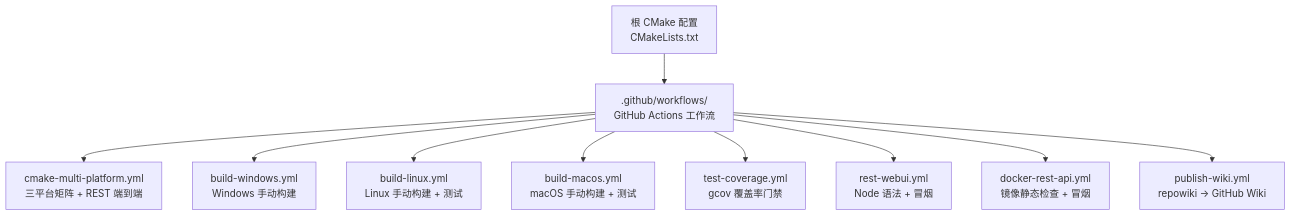
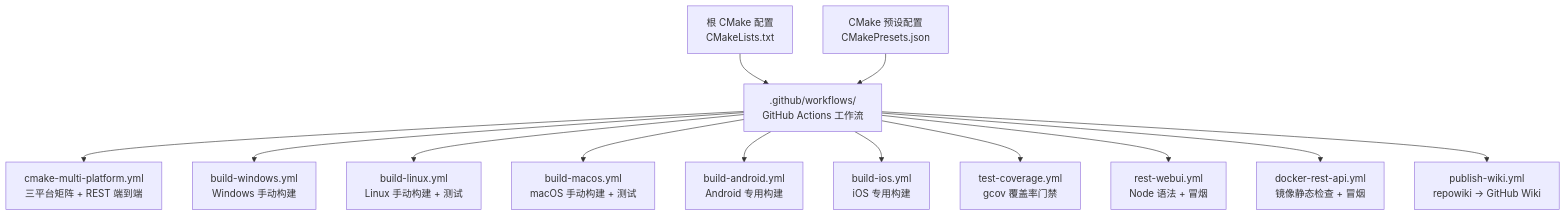
The first of 12 diagrams in .qoder/repowiki/zh/content/开发测试与贡献/CI_CD流水线增强.md (hsmbanlance/HsBaSlicer), drawn with Mermaid before and after one commit. The commit also changed other lines of this file and 66 other files, not shown here.

````diff
--- a/.qoder/repowiki/zh/content/开发测试与贡献/CI_CD流水线增强.md
+++ b/.qoder/repowiki/zh/content/开发测试与贡献/CI_CD流水线增强.md
@@ -37,22 +51,28 @@
 ```mermaid
 graph TB
 Root["根 CMake 配置<br/>CMakeLists.txt"]
+Presets["CMake 预设配置<br/>CMakePresets.json"]
 GHActions[".github/workflows/<br/>GitHub Actions 工作流"]
 Multi["cmake-multi-platform.yml<br/>三平台矩阵 + REST 端到端"]
 BuildWin["build-windows.yml<br/>Windows 手动构建"]
 BuildLinux["build-linux.yml<br/>Linux 手动构建 + 测试"]
 BuildMac["build-macos.yml<br/>macOS 手动构建 + 测试"]
+BuildAndroid["build-android.yml<br/>Android 专用构建"]
+BuildIOS["build-ios.yml<br/>iOS 专用构建"]
 Coverage["test-coverage.yml<br/>gcov 覆盖率门禁"]
 WebUI["rest-webui.yml<br/>Node 语法 + 冒烟"]
 Docker["docker-rest-api.yml<br/>镜像静态检查 + 冒烟"]
 Wiki["publish-wiki.yml<br/>repowiki → GitHub Wiki"]
 Root --> GHActions
+Presets --> GHActions
 GHActions --> Multi
 GHActions --> BuildWin
 GHActions --> BuildLinux
 GHActions --> BuildMac
+GHActions --> BuildAndroid
+GHActions --> BuildIOS
 GHActions --> Coverage
 GHActions --> WebUI
 GHActions --> Docker
 GHActions --> Wiki
 ```
````
